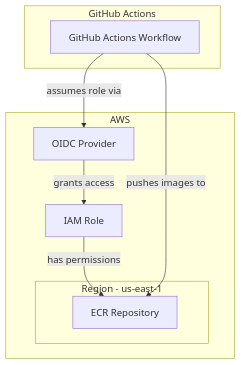
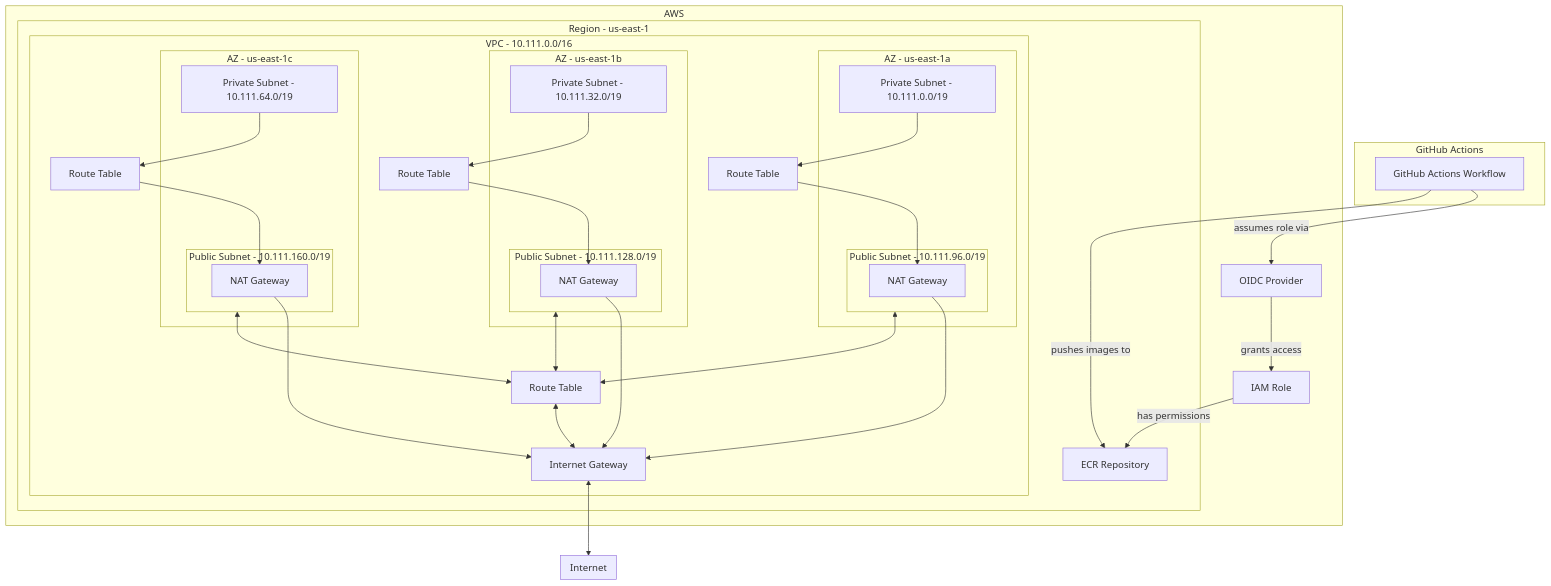
One commit to franciscoprin/parrot-project changed the diagram in README.md. Above: the diagram before and after it, drawn with Mermaid. The commit also changed 8 other files, not shown here.

````diff
--- a/README.md
+++ b/README.md
@@ -3,19 +3,66 @@
 ```mermaid
 graph TD
   subgraph GitHub Actions
     GA[GitHub Actions Workflow]
   end
 
+  subgraph Internet
+  end
+
   subgraph AWS
     subgraph Region - us-east-1
+      subgraph VPC[VPC - 10.111.0.0/16]
+        IGW[Internet Gateway]
+        RT_PUB1[Route Table]
+        RT_PVT1[Route Table]
+        RT_PVT2[Route Table]
+        RT_PVT3[Route Table]
+
+        subgraph AZ - us-east-1a
+          subgraph PUB1[Public Subnet - 10.111.96.0/19]
+            NAT1[NAT Gateway]
+          end
+          PVT1[Private Subnet - 10.111.0.0/19]
+        end
+
+        subgraph AZ - us-east-1b
+          subgraph PUB2[Public Subnet - 10.111.128.0/19]
+            NAT2[NAT Gateway]
+          end
+          PVT2[Private Subnet - 10.111.32.0/19]
+        end
+
+        subgraph AZ - us-east-1c
+          subgraph PUB3[Public Subnet - 10.111.160.0/19]
+            NAT3[NAT Gateway]
+          end
+          PVT3[Private Subnet - 10.111.64.0/19]
+        end
+      end
+
       ECR[ECR Repository]
     end
     OIDC[OIDC Provider]
     IAM[IAM Role]
   end
 
   GA -->|assumes role via| OIDC
   OIDC -->|grants access| IAM
   IAM -->|has permissions| ECR
   GA -->|pushes images to| ECR
+
+  PUB1 <--> RT_PUB1
+  PUB2 <--> RT_PUB1
+  PUB3 <--> RT_PUB1
+  RT_PUB1 <--> IGW
+
+  PVT1 --> RT_PVT1 --> NAT1
+  PVT2 --> RT_PVT2 --> NAT2
+  PVT3 --> RT_PVT3 --> NAT3
+
+  NAT1 --> IGW
+  NAT2 --> IGW
+  NAT3 --> IGW
+
+  IGW <--> Internet
 ```
````
